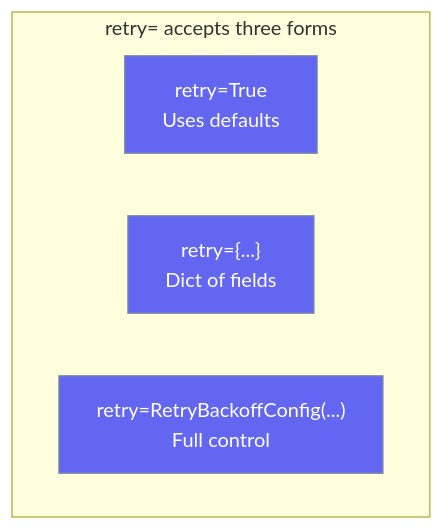
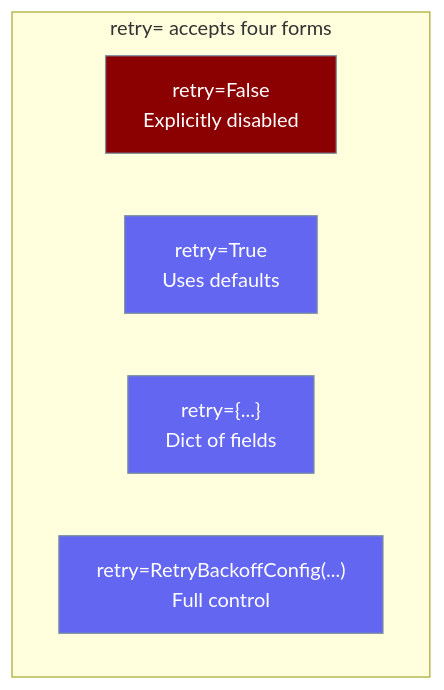
The third of 3 diagrams in docs/features/agent-retry.mdx (MervinPraison/PraisonAIDocs), drawn with Mermaid before and after one commit. The commit also changed other lines of this file and 4 other files, not shown here.

````diff
--- a/docs/features/agent-retry.mdx
+++ b/docs/features/agent-retry.mdx
@@ -169,11 +184,14 @@
 ```mermaid
 graph TB
-    subgraph "retry= accepts three forms"
+    subgraph "retry= accepts four forms"
+        Off["retry=False<br/>Explicitly disabled"]
         Bool["retry=True<br/>Uses defaults"]
         Dict["retry={...}<br/>Dict of fields"]
         Cfg["retry=RetryBackoffConfig(...)<br/>Full control"]
     end
 
+    classDef off fill:#8B0000,stroke:#7C90A0,color:#fff
     classDef form fill:#6366F1,stroke:#7C90A0,color:#fff
+    class Off off
     class Bool,Dict,Cfg form
 ```
````
